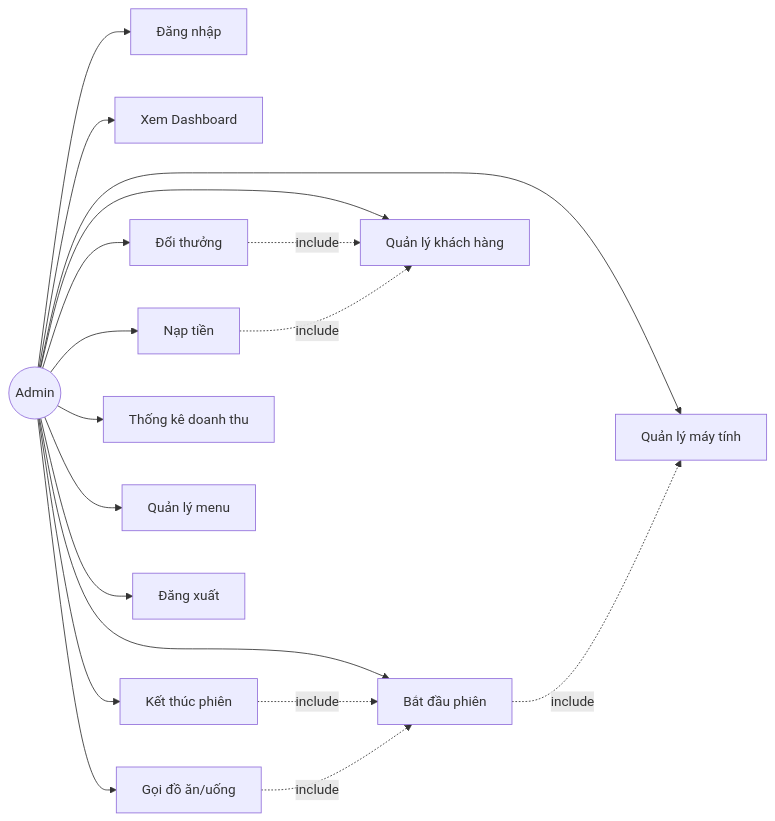
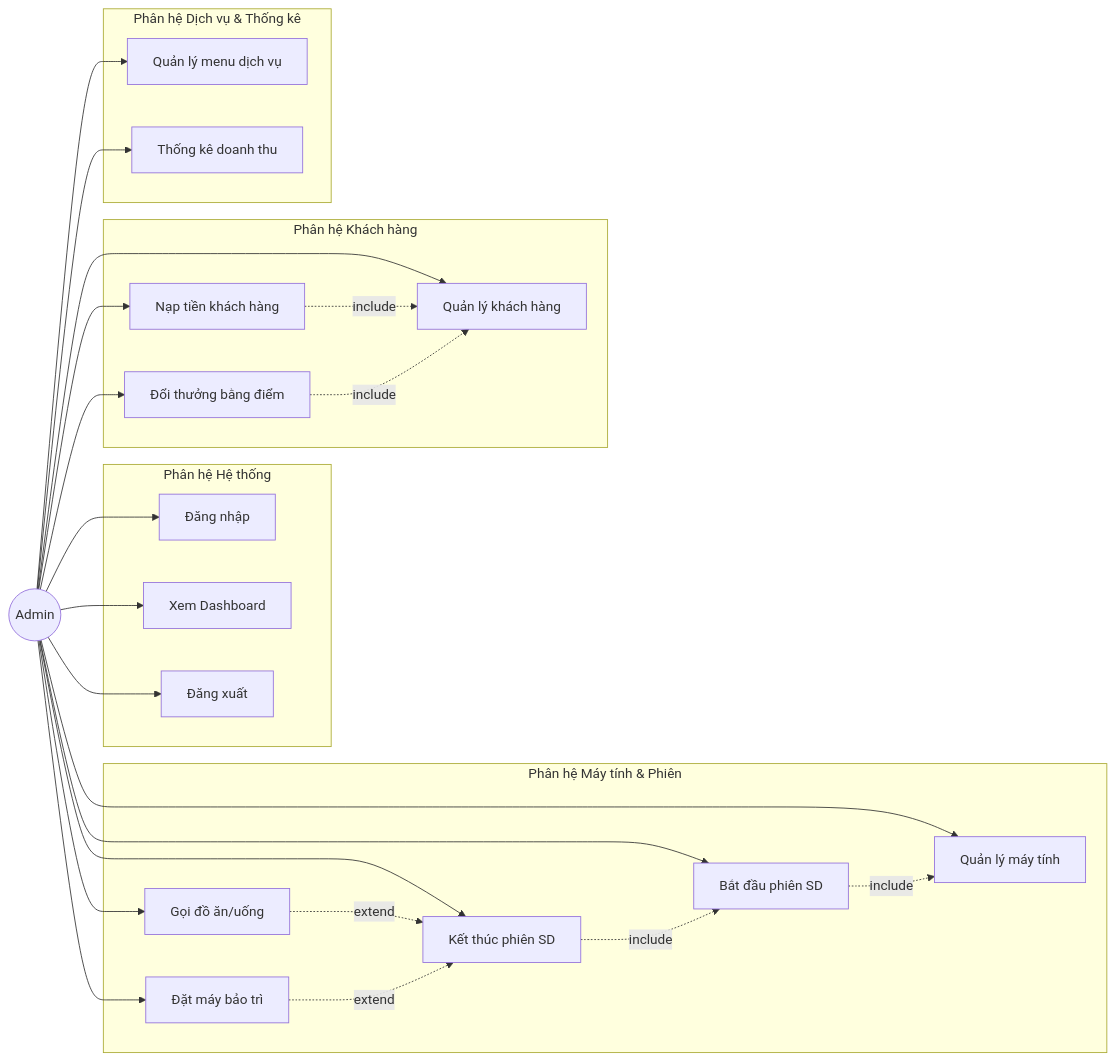
One commit to phhuyen1109/BTL changed the first of 13 diagrams in BaoCao_DoAn.md. Above: the diagram before and after it, drawn with Mermaid. The commit also changed other lines of this file and 1 other file, not shown here.

````diff
--- a/BaoCao_DoAn.md
+++ b/BaoCao_DoAn.md
@@ -349,23 +352,50 @@
 ```mermaid
 graph LR
     Admin((Admin))
     
-    Admin --> UC01[Đăng nhập]
-    Admin --> UC02[Xem Dashboard]
-    Admin --> UC03[Quản lý máy tính]
-    Admin --> UC04[Bắt đầu phiên]
-    Admin --> UC05[Kết thúc phiên]
-    Admin --> UC06[Gọi đồ ăn/uống]
-    Admin --> UC07[Quản lý khách hàng]
-    Admin --> UC08[Nạp tiền]
-    Admin --> UC09[Đổi thưởng]
-    Admin --> UC10[Thống kê doanh thu]
-    Admin --> UC11[Quản lý menu]
-    Admin --> UC13[Đăng xuất]
+    subgraph Phân hệ Hệ thống
+        UC01[Đăng nhập]
+        UC02[Xem Dashboard]
+        UC13[Đăng xuất]
+    end
+    
+    subgraph Phân hệ Máy tính & Phiên
+        UC03[Quản lý máy tính]
+        UC04[Bắt đầu phiên SD]
+        UC05[Kết thúc phiên SD]
+        UC06[Gọi đồ ăn/uống]
+        UC12[Đặt máy bảo trì]
+    end
+    
+    subgraph Phân hệ Khách hàng
+        UC07[Quản lý khách hàng]
+        UC08[Nạp tiền khách hàng]
+        UC09[Đổi thưởng bằng điểm]
+    end
+    
+    subgraph Phân hệ Dịch vụ & Thống kê
+        UC10[Quản lý menu dịch vụ]
+        UC11[Thống kê doanh thu]
+    end
+    
+    Admin --> UC01
+    Admin --> UC02
+    Admin --> UC03
+    Admin --> UC04
+    Admin --> UC05
+    Admin --> UC06
+    Admin --> UC07
+    Admin --> UC08
+    Admin --> UC09
+    Admin --> UC10
+    Admin --> UC11
+    Admin --> UC12
+    Admin --> UC13
     
     UC04 -.->|include| UC03
     UC05 -.->|include| UC04
-    UC06 -.->|include| UC04
+    UC06 -.->|extend| UC05
+    UC08 -.->|include| UC07
     UC09 -.->|include| UC07
-    UC08 -.->|include| UC07
+    UC12 -.->|extend| UC05
 ```
````
